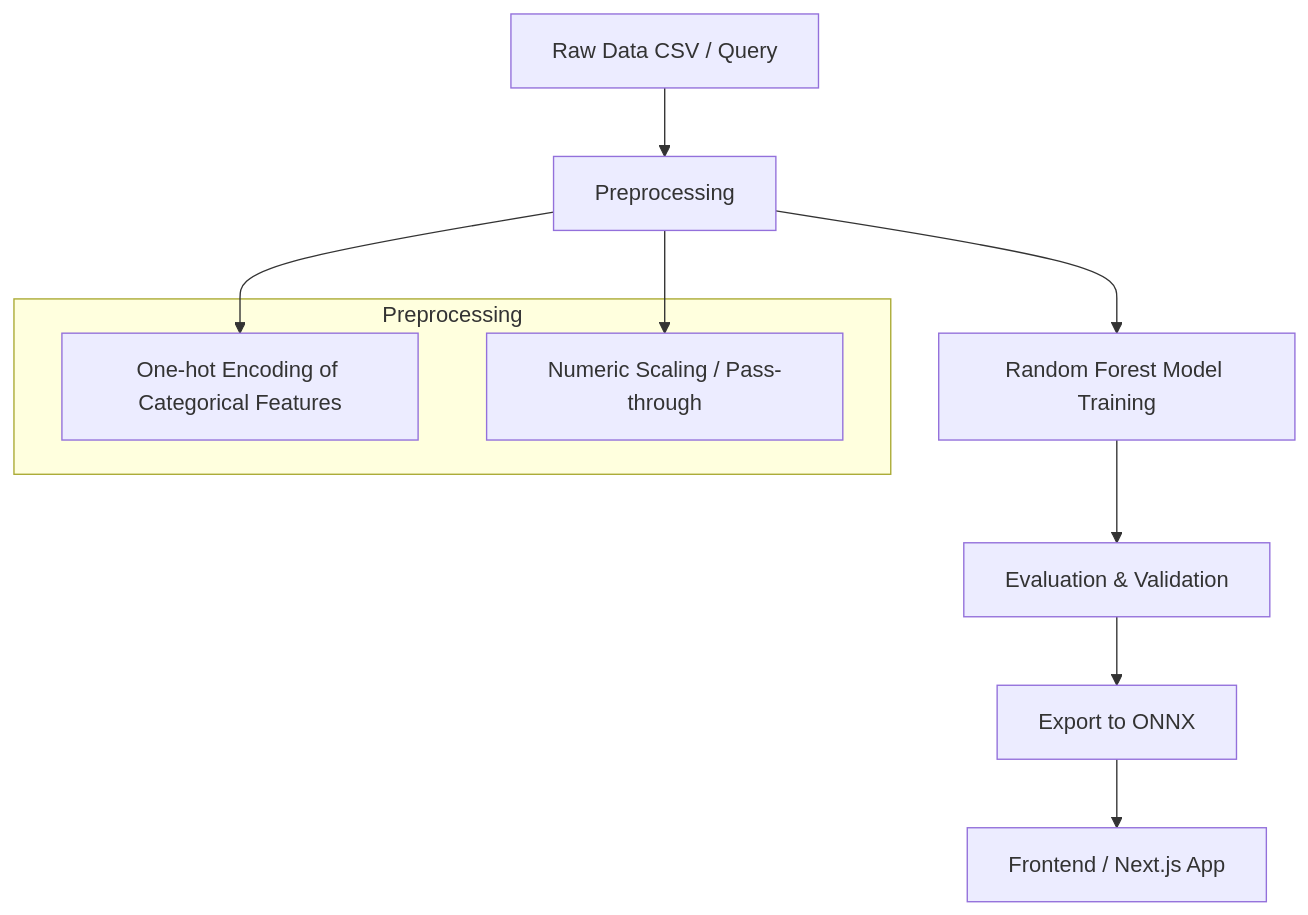
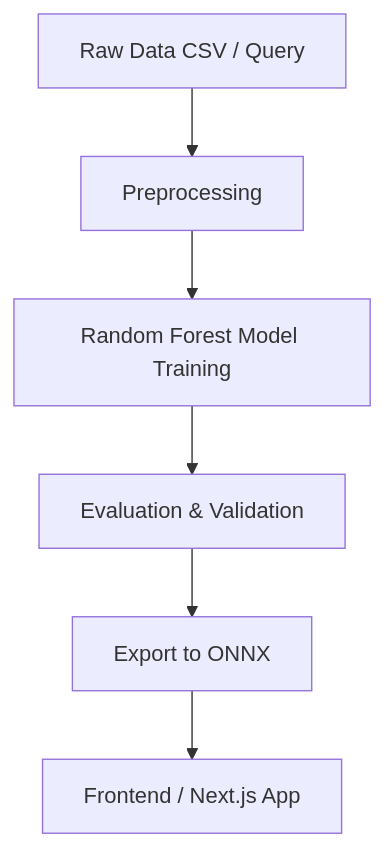
The diagram in Readme.md (OmniSoft-Limited/price-prediction-model), drawn with Mermaid before and after one commit. The commit also changed other lines of this file and 8 other files, not shown here.

````diff
--- a/Readme.md
+++ b/Readme.md
@@ -62,15 +75,9 @@
 ```mermaid
 flowchart TD
     A[Raw Data CSV / Query] --> B[Preprocessing]
     B --> C[Random Forest Model Training]
     C --> D[Evaluation & Validation]
     D --> E[Export to ONNX]
     E --> F[Frontend / Next.js App]
     
-    subgraph Preprocessing
-        B1[One-hot Encoding of Categorical Features]
-        B2[Numeric Scaling / Pass-through]
-    end
-    B --> B1
-    B --> B2
 ```
````
